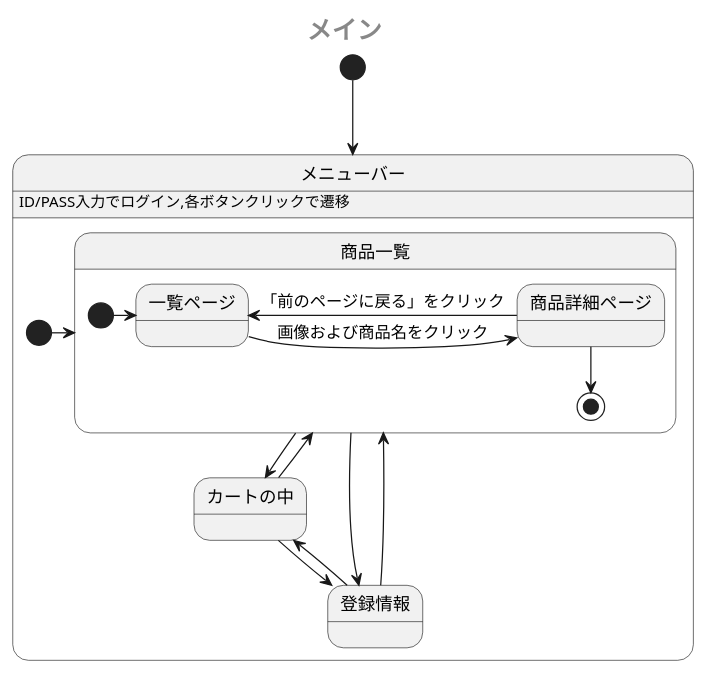
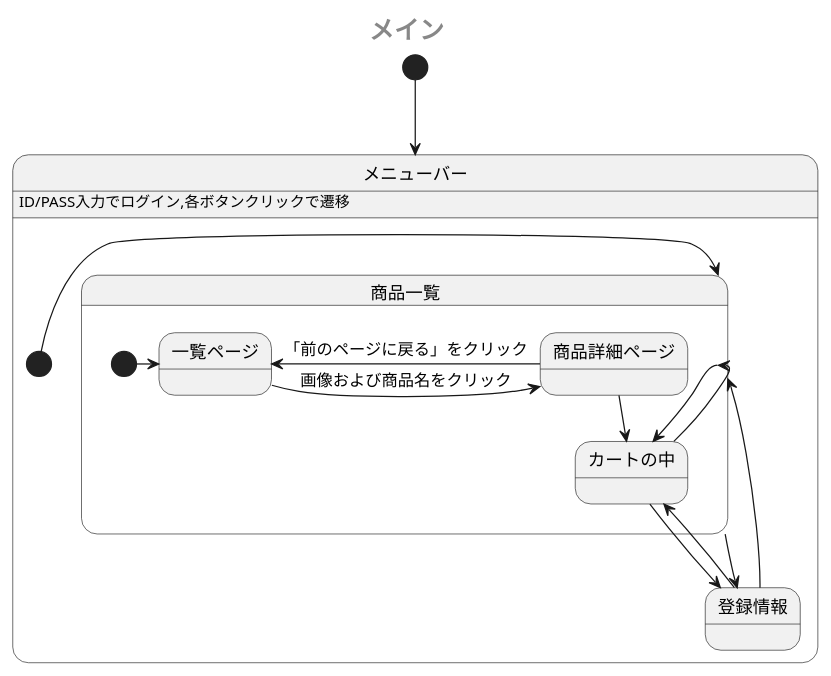
One commit to Aso2001385/2021sys-design changed the first of 2 diagrams in sample/StateMachine.md. Above: the diagram before and after it, drawn with PlantUML.

````diff
--- a/sample/StateMachine.md
+++ b/sample/StateMachine.md
@@ -1,28 +1,28 @@
 ```uml
 @startuml
  center header <size:20><b>メイン</b></size>
  [*] --> メニューバー
  state メニューバー {
    メニューバー: ID/PASS入力でログイン,各ボタンクリックで遷移
    [*] -> 商品一覧
    state 商品一覧 {
     [*] -> 一覧ページ
     一覧ページ -right-> 商品詳細ページ: 画像および商品名をクリック
     商品詳細ページ -left-> 一覧ページ: 「前のページに戻る」をクリック
-    商品詳細ページ --> [*]
+    商品詳細ページ --> カートの中
     
    }
    商品一覧 -down-> カートの中
    カートの中 -up-> 商品一覧
    カートの中 -down-> 登録情報
    登録情報 -up-> カートの中
    商品一覧 -right-> 登録情報
    商品一覧 -[hidden]> 登録情報
    登録情報 -left-> 商品一覧
    登録情報 -[hidden]> 商品一覧
    
 
  }
  
 @enduml
 ```
````
